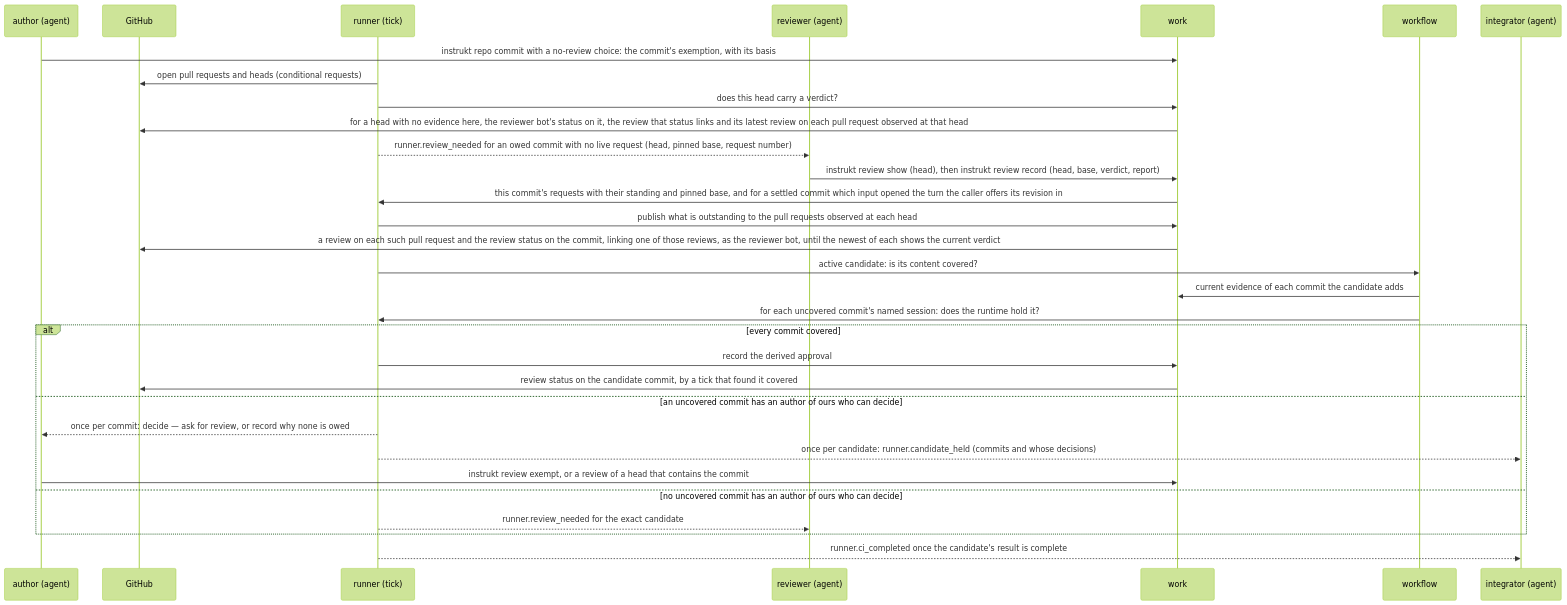
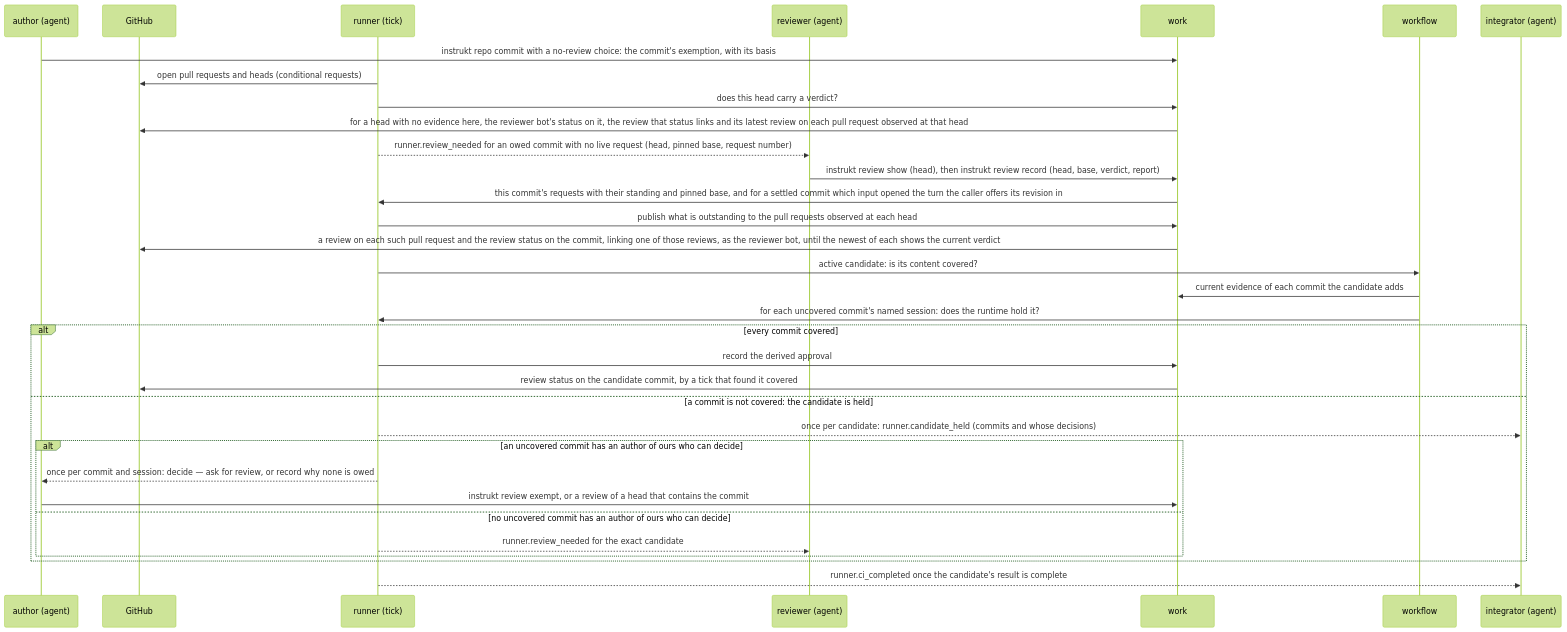
Before and after one commit to InstruktAI/instrukt: the seventh of 7 diagrams in docs/project/design/architecture/overview.md, drawn with Mermaid (forest theme). The commit also changed other lines of this file and 9 other files, not shown here.

First line of the commit message:
docs(review): own the ask record, align held with the gate, and drop other todos from the picture

````diff
--- a/docs/project/design/architecture/overview.md
+++ b/docs/project/design/architecture/overview.md
@@ -597,33 +595,35 @@
 ```mermaid
 sequenceDiagram
   participant A as author (agent)
   participant G as GitHub
   participant R as runner (tick)
   participant V as reviewer (agent)
   participant W as work
   participant F as workflow
   participant I as integrator (agent)
   A->>W: instrukt repo commit with a no-review choice: the commit's exemption, with its basis
   R->>G: open pull requests and heads (conditional requests)
   R->>W: does this head carry a verdict?
   W->>G: for a head with no evidence here, the reviewer bot's status on it, the review that status links and its latest review on each pull request observed at that head
   R-->>V: runner.review_needed for an owed commit with no live request (head, pinned base, request number)
   V->>W: instrukt review show (head), then instrukt review record (head, base, verdict, report)
   W->>R: this commit's requests with their standing and pinned base, and for a settled commit which input opened the turn the caller offers its revision in
   R->>W: publish what is outstanding to the pull requests observed at each head
   W->>G: a review on each such pull request and the review status on the commit, linking one of those reviews, as the reviewer bot, until the newest of each shows the current verdict
   R->>F: active candidate: is its content covered?
   F->>W: current evidence of each commit the candidate adds
   F->>R: for each uncovered commit's named session: does the runtime hold it?
   alt every commit covered
     R->>W: record the derived approval
     W->>G: review status on the candidate commit, by a tick that found it covered
-  else an uncovered commit has an author of ours who can decide
-    R-->>A: once per commit: decide — ask for review, or record why none is owed
+  else a commit is not covered: the candidate is held
     R-->>I: once per candidate: runner.candidate_held (commits and whose decisions)
-    A->>W: instrukt review exempt, or a review of a head that contains the commit
-  else no uncovered commit has an author of ours who can decide
-    R-->>V: runner.review_needed for the exact candidate
+    alt an uncovered commit has an author of ours who can decide
+      R-->>A: once per commit and session: decide — ask for review, or record why none is owed
+      A->>W: instrukt review exempt, or a review of a head that contains the commit
+    else no uncovered commit has an author of ours who can decide
+      R-->>V: runner.review_needed for the exact candidate
+    end
   end
   R-->>I: runner.ci_completed once the candidate's result is complete
 ```
````
